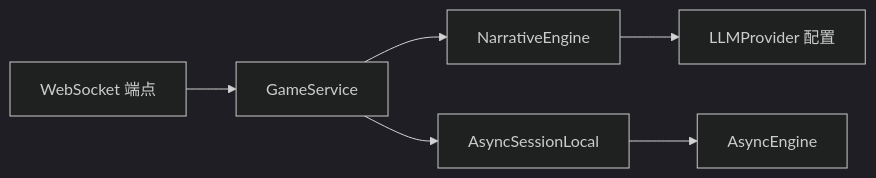
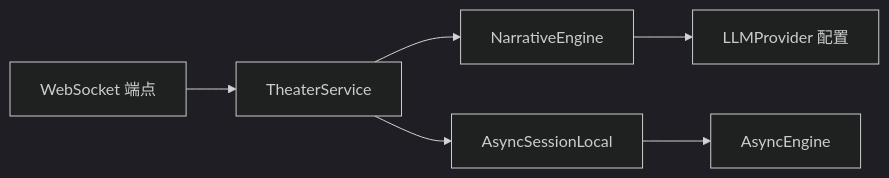
The fifth of 5 diagrams in .qoder/repowiki/zh/content/系统架构/实时通信架构.md (KunLabAI/KunFlix), drawn with Mermaid (dark theme) before and after one commit. The commit also changed other lines of this file and 112 other files, not shown here.

````diff
--- a/.qoder/repowiki/zh/content/系统架构/实时通信架构.md
+++ b/.qoder/repowiki/zh/content/系统架构/实时通信架构.md
@@ -254,8 +254,8 @@
 ```mermaid
 graph LR
-WS["WebSocket 端点"] --> SVC["GameService"]
+WS["WebSocket 端点"] --> SVC["TheaterService"]
 SVC --> AG["NarrativeEngine"]
 AG --> CFG["LLMProvider 配置"]
 SVC --> DB["AsyncSessionLocal"]
 DB --> ENG["AsyncEngine"]
 ```
````
